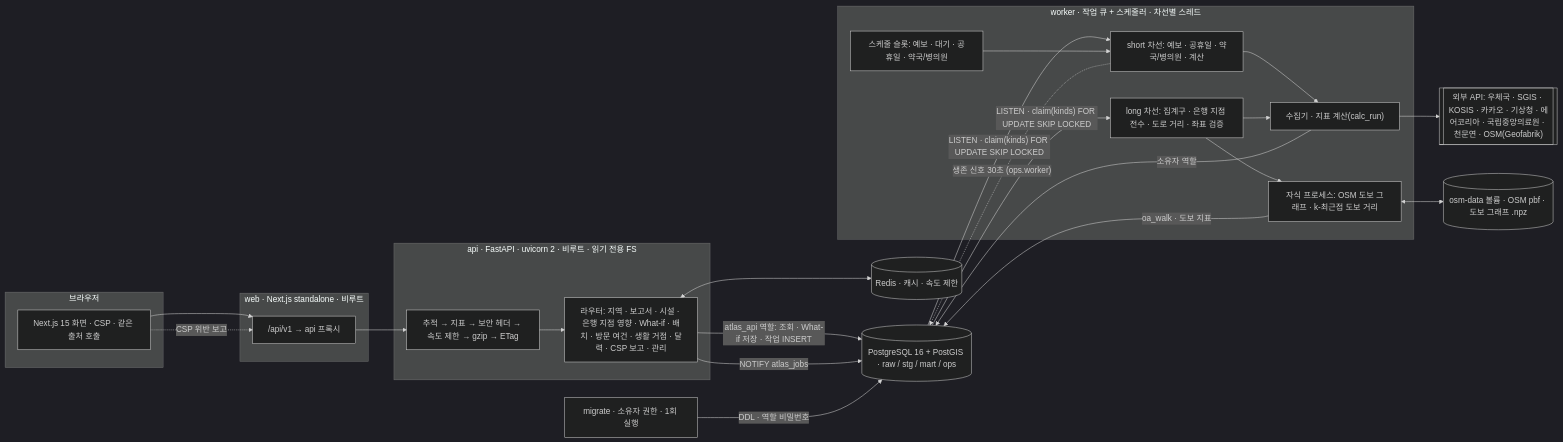
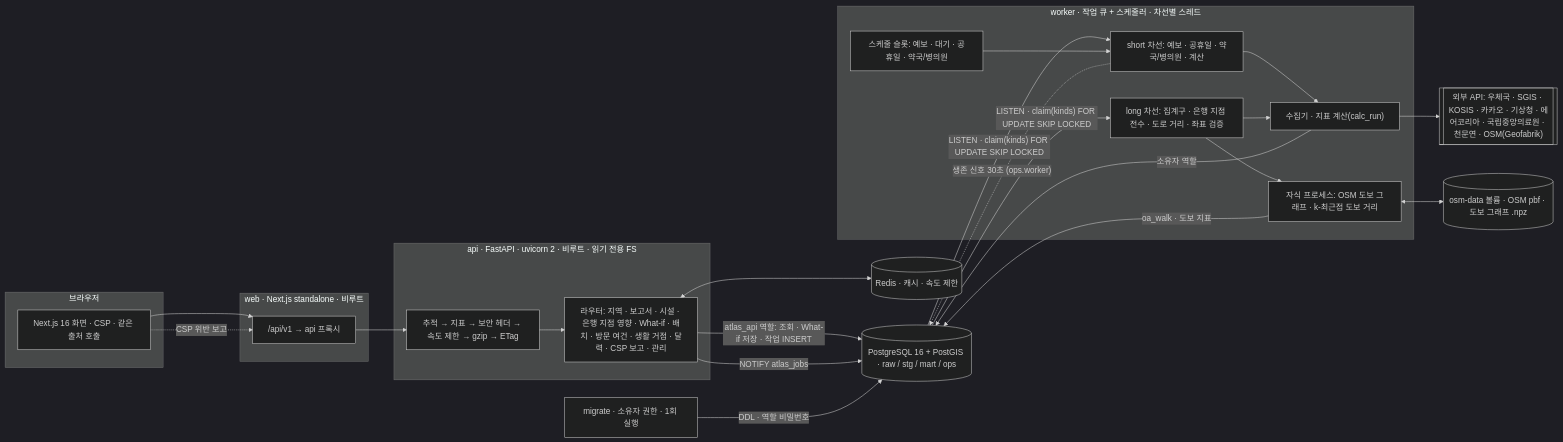
One commit to Jinyoung-Kang/post-office-way changed the diagram in docs/architecture.md. Above: the diagram before and after it, drawn with Mermaid (dark theme). The commit also changed 7 other files, not shown here.

````diff
--- a/docs/architecture.md
+++ b/docs/architecture.md
@@ -3,42 +3,42 @@
 ```mermaid
 flowchart LR
   subgraph Browser["브라우저"]
-    UI["Next.js 15 화면 · CSP · 같은 출처 호출"]
+    UI["Next.js 16 화면 · CSP · 같은 출처 호출"]
   end
   subgraph web["web · Next.js standalone · 비루트"]
     RW["/api/v1 → api 프록시"]
   end
   subgraph api["api · FastAPI · uvicorn 2 · 비루트 · 읽기 전용 FS"]
     MW["추적 → 지표 → 보안 헤더 → 속도 제한 → gzip → ETag"]
     R["라우터: 지역 · 보고서 · 시설 · 은행 지점 영향 · What-if · 배치 · 방문 여건 · 생활 거점 · 달력 · CSP 보고 · 관리"]
   end
   subgraph worker["worker · 작업 큐 + 스케줄러 · 차선별 스레드"]
     S["스케줄 슬롯: 예보 · 대기 · 공휴일 · 약국/병의원"]
     QS["short 차선: 예보 · 공휴일 · 약국/병의원 · 계산"]
     QL["long 차선: 집계구 · 은행 지점 전수 · 도로 거리 · 좌표 검증"]
     C["수집기 · 지표 계산(calc_run)"]
     K["자식 프로세스: OSM 도보 그래프 · k-최근접 도보 거리"]
   end
   OSM[("osm-data 볼륨 · OSM pbf · 도보 그래프 .npz")]
   DB[("PostgreSQL 16 + PostGIS · raw / stg / mart / ops")]
   RD[("Redis · 캐시 · 속도 제한")]
   EXT[["외부 API: 우체국 · SGIS · KOSIS · 카카오 · 기상청 · 에어코리아 · 국립중앙의료원 · 천문연 · OSM(Geofabrik)"]]
   MIG["migrate · 소유자 권한 · 1회 실행"]
 
   UI --> RW --> MW --> R
   R -- "atlas_api 역할: 조회 · What-if 저장 · 작업 INSERT" --> DB
   R <--> RD
   R -- "NOTIFY atlas_jobs" --> DB
   DB -- "LISTEN · claim(kinds) FOR UPDATE SKIP LOCKED" --> QS & QL
   S --> QS
   QS --> C
   QL --> C
   QL --> K
   K <--> OSM
   K -- "oa_walk · 도보 지표" --> DB
   UI -. "CSP 위반 보고" .-> RW
   C --> EXT
   QS -. "생존 신호 30초 (ops.worker)" .-> DB
   C -- "소유자 역할" --> DB
   MIG -- "DDL · 역할 비밀번호" --> DB
 ```
````
